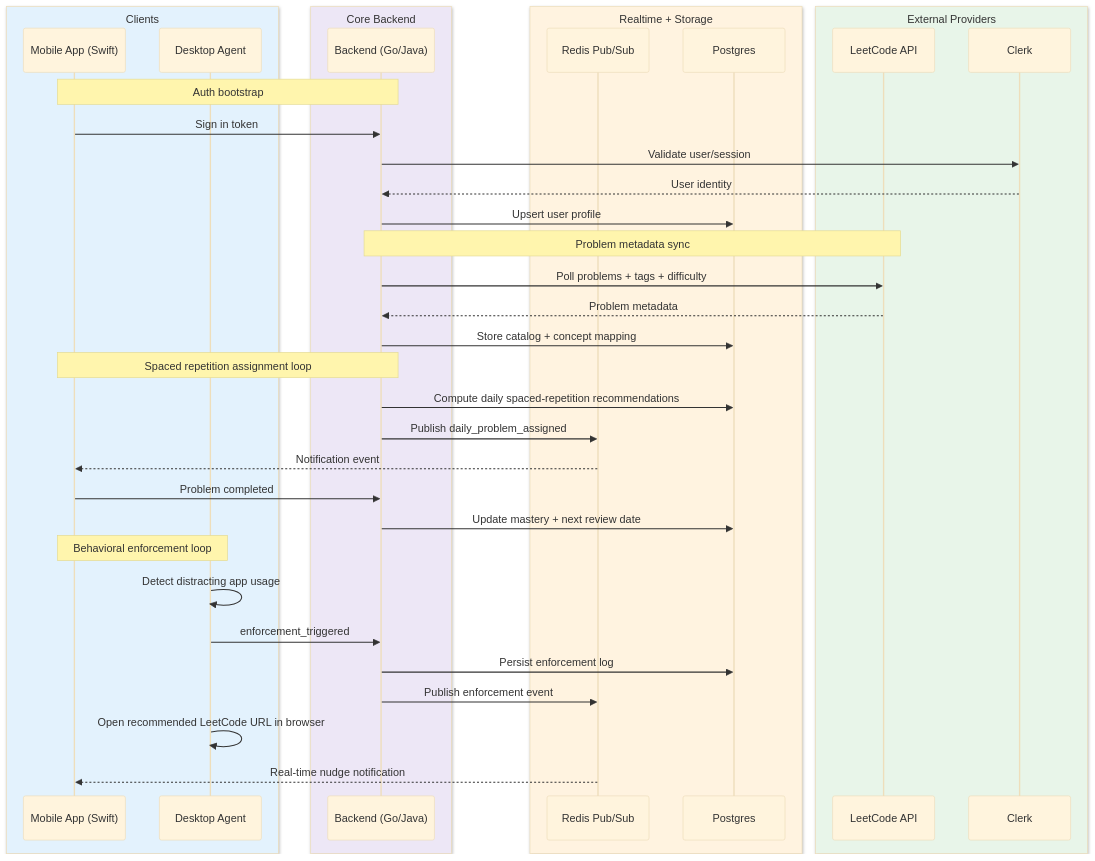
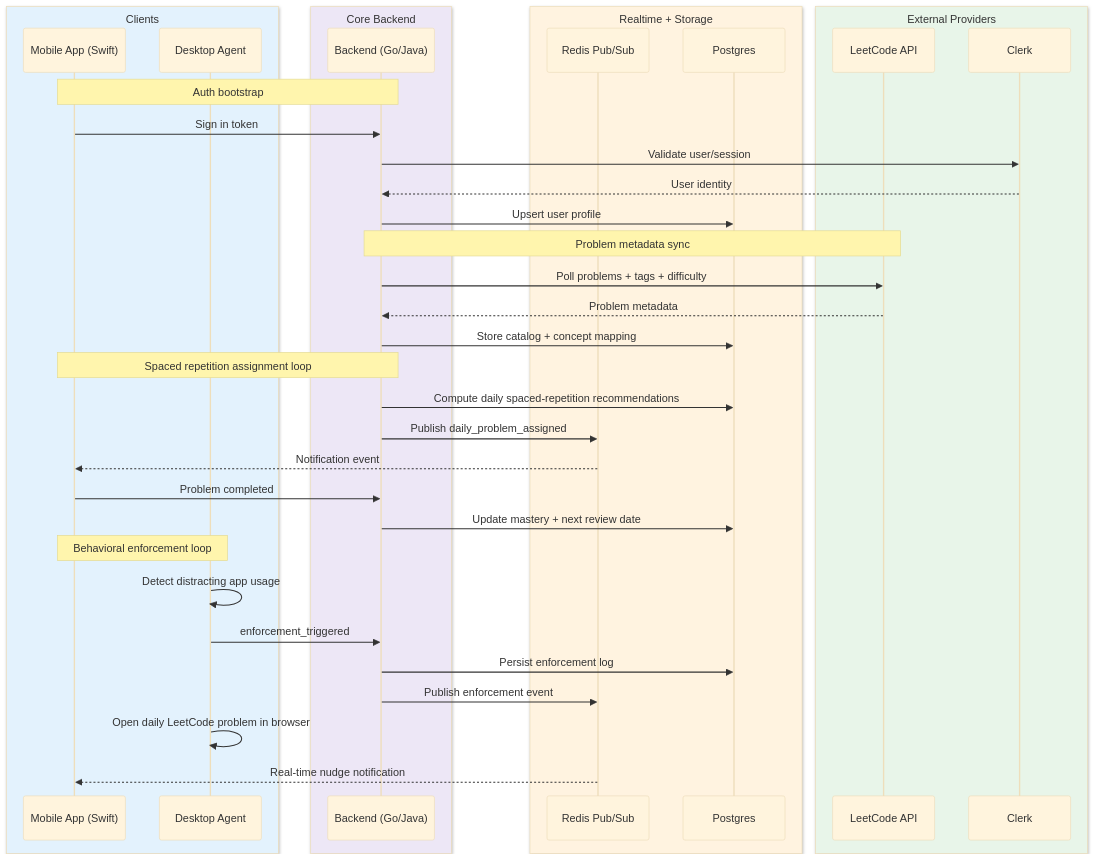
One commit to joewadk/queue_up changed the second of 4 diagrams in README.md. Above: the diagram before and after it, drawn with Mermaid. The commit also changed other lines of this file, not shown here.

Commit message:
docs: mermaid fix, some directional changes

````diff
--- a/README.md
+++ b/README.md
@@ -44,51 +54,51 @@
 ```mermaid
 %%{init: {
   "theme": "base",
   "themeCSS": ".messageText,.noteText,.labelBox,.labelText,text,tspan{paint-order:stroke;stroke:#111;stroke-width:0.5px;stroke-linejoin:round;text-shadow:0.6px 0.6px 1px rgba(0,0,0,0.22);}"
 }}%%
 sequenceDiagram
     box rgb(227, 242, 253) Clients
     participant Mobile as Mobile App (Swift)
     participant Desktop as Desktop Agent
     end
 
     box rgb(237, 231, 246) Core Backend
     participant Backend as Backend (Go/Java)
     end
 
     box rgb(255, 243, 224) Realtime + Storage
     participant Redis as Redis Pub/Sub
     participant PG as Postgres
     end
 
     box rgb(232, 245, 233) External Providers
     participant LC as LeetCode API
     participant Clerk as Clerk
     end
 
     Note over Mobile,Backend: Auth bootstrap
     Mobile->>Backend: Sign in token
     Backend->>Clerk: Validate user/session
     Clerk-->>Backend: User identity
     Backend->>PG: Upsert user profile
 
     Note over Backend,LC: Problem metadata sync
     Backend->>LC: Poll problems + tags + difficulty
     LC-->>Backend: Problem metadata
     Backend->>PG: Store catalog + concept mapping
 
     Note over Backend,Mobile: Spaced repetition assignment loop
     Backend->>PG: Compute daily spaced-repetition recommendations
     Backend->>Redis: Publish daily_problem_assigned
     Redis-->>Mobile: Notification event
     Mobile->>Backend: Problem completed
     Backend->>PG: Update mastery + next review date
 
     Note over Desktop,Mobile: Behavioral enforcement loop
     Desktop->>Desktop: Detect distracting app usage
     Desktop->>Backend: enforcement_triggered
     Backend->>PG: Persist enforcement log
     Backend->>Redis: Publish enforcement event
-    Desktop->>Desktop: Open recommended LeetCode URL in browser
+    Desktop->>Desktop: Open daily LeetCode problem in browser
     Redis-->>Mobile: Real-time nudge notification
 ```
````
